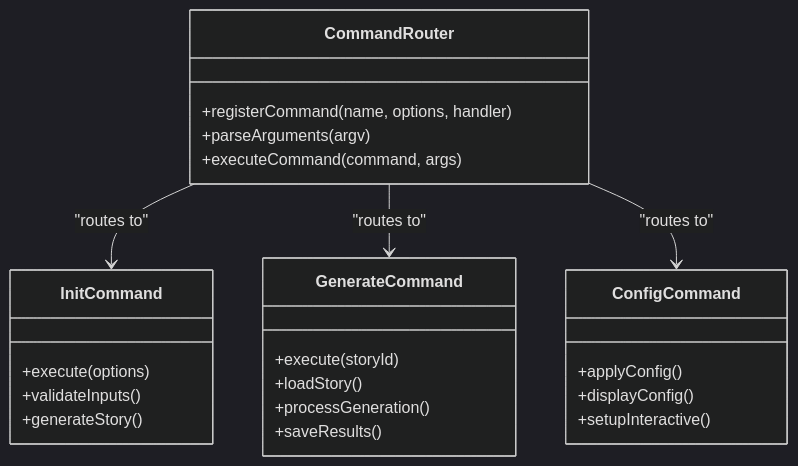
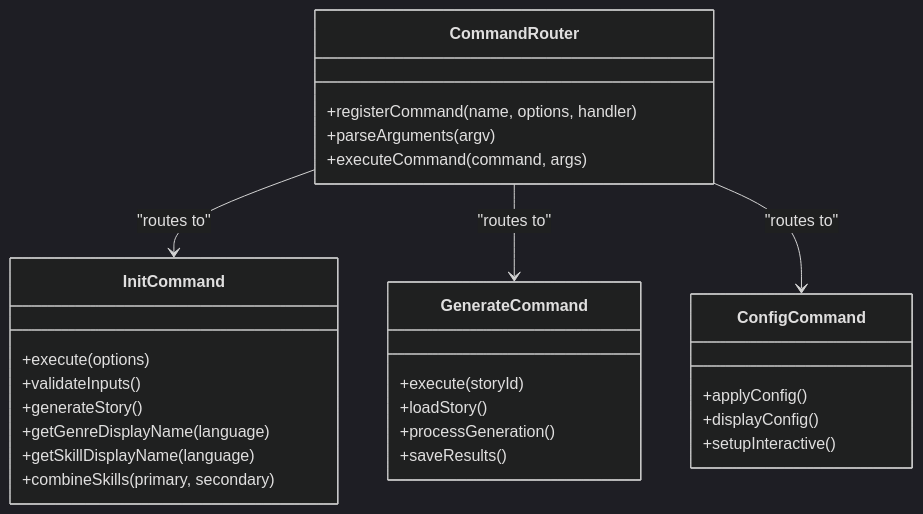
One commit to liwonder/NARRITIVE_OS changed the third of 9 diagrams in .qoder/repowiki/en/content/Getting Started/CLI Documentation.md. Above: the diagram before and after it, drawn with Mermaid (dark theme). The commit also changed other lines of this file and 14 other files, not shown here.

````diff
--- a/.qoder/repowiki/en/content/Getting Started/CLI Documentation.md
+++ b/.qoder/repowiki/en/content/Getting Started/CLI Documentation.md
@@ -158,27 +175,30 @@
 ```mermaid
 classDiagram
 class CommandRouter {
 +registerCommand(name, options, handler)
 +parseArguments(argv)
 +executeCommand(command, args)
 }
 class InitCommand {
 +execute(options)
 +validateInputs()
 +generateStory()
++getGenreDisplayName(language)
++getSkillDisplayName(language)
++combineSkills(primary, secondary)
 }
 class GenerateCommand {
 +execute(storyId)
 +loadStory()
 +processGeneration()
 +saveResults()
 }
 class ConfigCommand {
 +applyConfig()
 +displayConfig()
 +setupInteractive()
 }
 CommandRouter --> InitCommand : "routes to"
 CommandRouter --> GenerateCommand : "routes to"
 CommandRouter --> ConfigCommand : "routes to"
 ```
````
